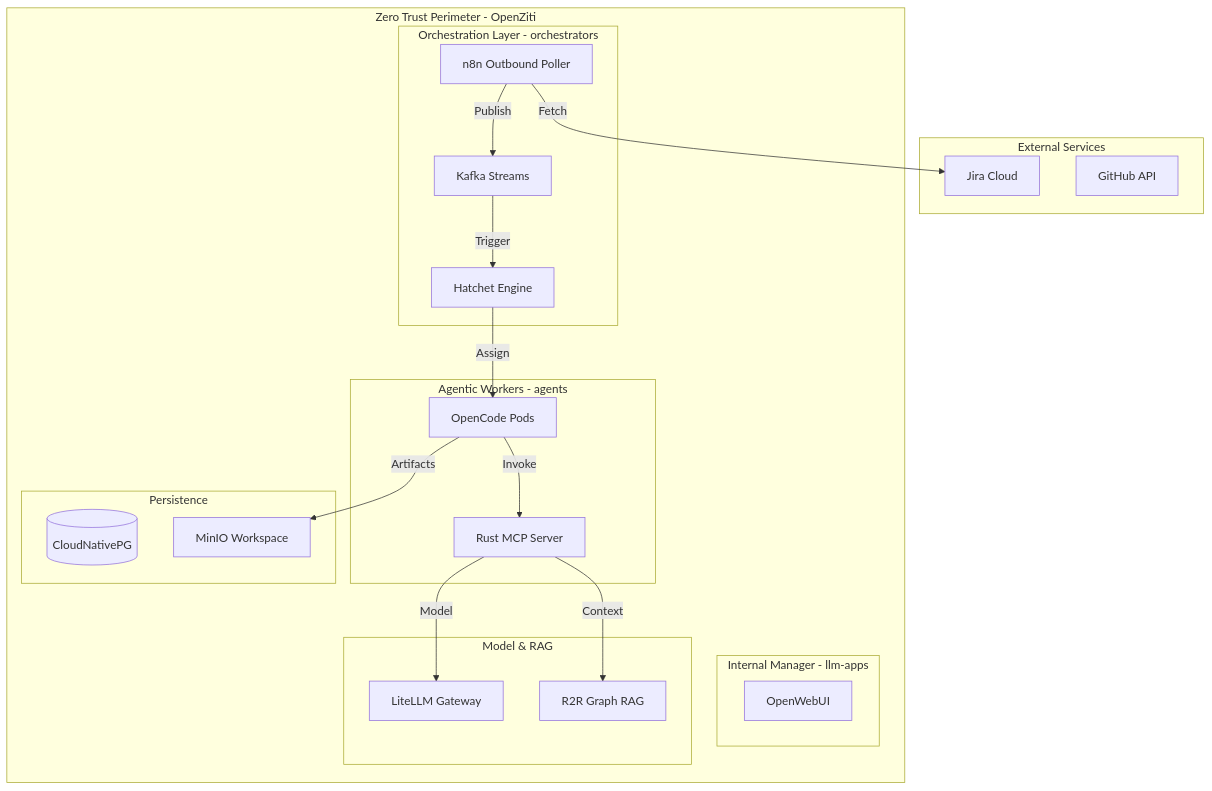
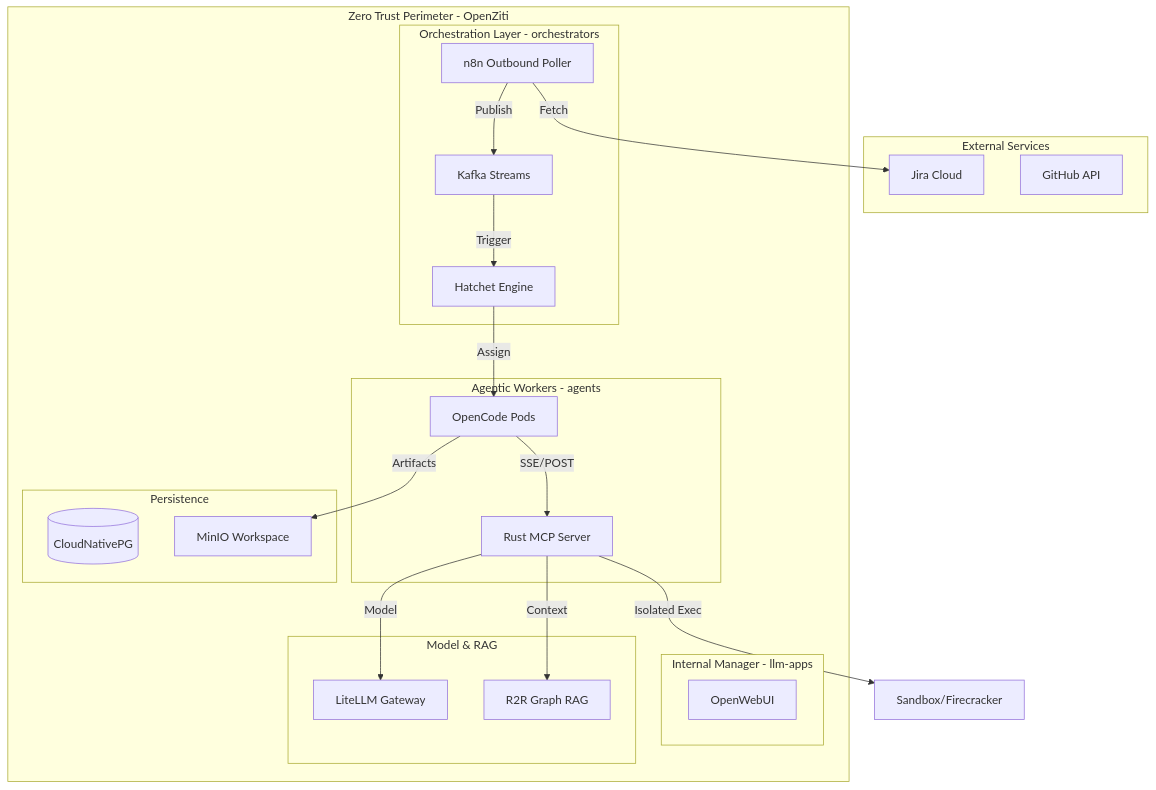
One commit to lgcorzo/rust_CACD_autonomous_factory changed the first of 2 diagrams in docs/architecture.md. Above: the diagram before and after it, drawn with Mermaid. The commit also changed other lines of this file and 11 other files, not shown here.

Commit message:
feat: align Rust MCP server with 11.0 Technical Plan (SSE, Sandbox, new tools) and update docs

````diff
--- a/docs/architecture.md
+++ b/docs/architecture.md
@@ -9,43 +9,44 @@
 ```mermaid
 graph TB
     subgraph "External Services"
         JIRA[Jira Cloud]
         GIT[GitHub API]
     end
 
     subgraph "Zero Trust Perimeter - OpenZiti"
         subgraph "Internal Manager - llm-apps"
             OWUI[OpenWebUI]
         end
 
         subgraph "Orchestration Layer - orchestrators"
             n8n[n8n Outbound Poller]
             HATCHET[Hatchet Engine]
             KAFKA[Kafka Streams]
         end
 
         subgraph "Agentic Workers - agents"
             OC_WORKER[OpenCode Pods]
             F_MCP[Rust MCP Server]
         end
 
         subgraph "Model & RAG"
             LITELLM[LiteLLM Gateway]
             R2R[R2R Graph RAG]
         end
 
         subgraph "Persistence"
             PG[(CloudNativePG)]
             MINIO[MinIO Workspace]
         end
     end
 
     n8n -->|Fetch| JIRA
     n8n -->|Publish| KAFKA
     KAFKA -->|Trigger| HATCHET
     HATCHET -->|Assign| OC_WORKER
-    OC_WORKER -->|Invoke| F_MCP
+    OC_WORKER -->|SSE/POST| F_MCP
     F_MCP -->|Model| LITELLM
     F_MCP -->|Context| R2R
+    F_MCP -->|Isolated Exec| SANDBOX[Sandbox/Firecracker]
     OC_WORKER -->|Artifacts| MINIO
 ```
````
